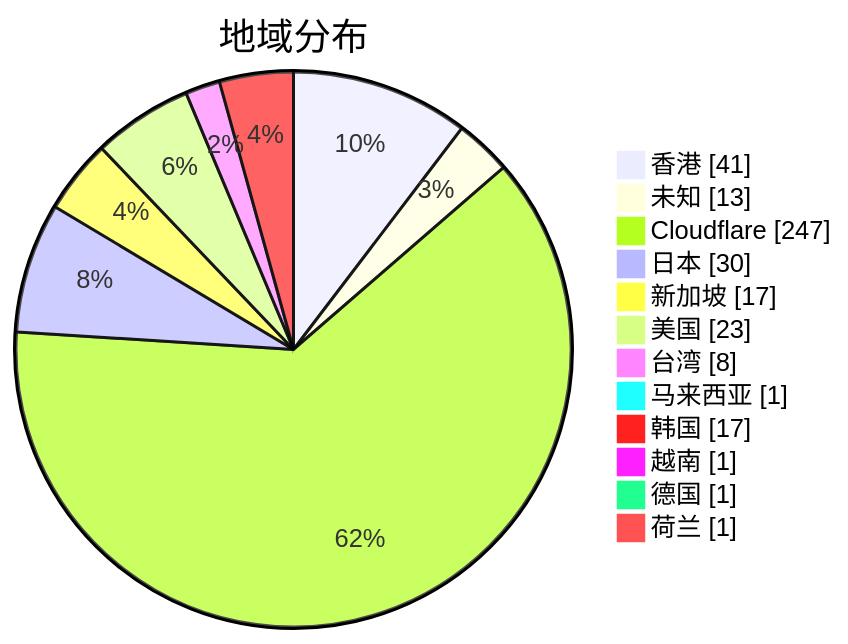
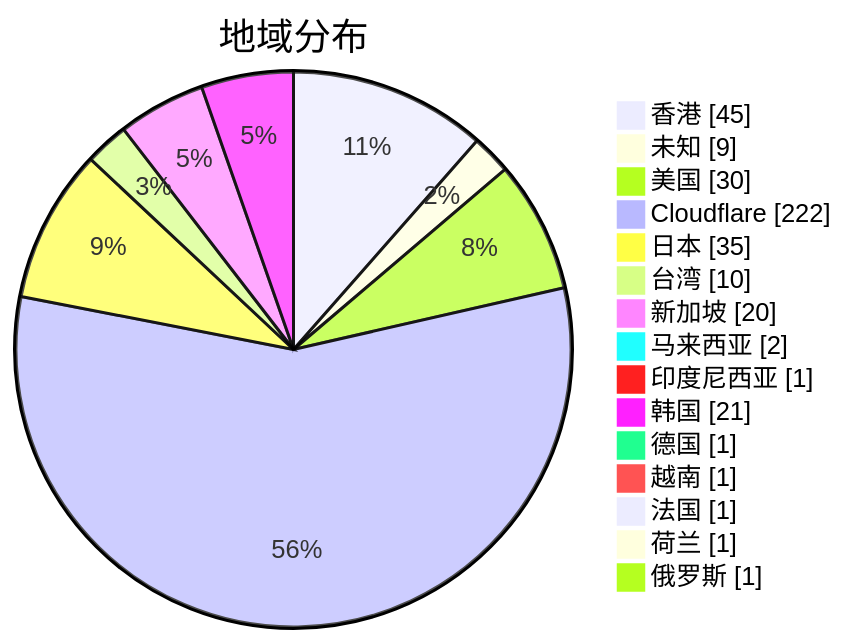
Before and after one commit to qjlxg/airport: the second of 3 diagrams in subs/statistics/tested_within.md, drawn with Mermaid. The commit also changed other lines of this file and 2 other files, not shown here.

````diff
--- a/subs/statistics/tested_within.md
+++ b/subs/statistics/tested_within.md
@@ -14,16 +12,19 @@
 ```mermaid
 pie showData
 title 地域分布
-"香港" : 41
-"未知" : 13
-"Cloudflare" : 247
-"日本" : 30
-"新加坡" : 17
-"美国" : 23
-"台湾" : 8
-"马来西亚" : 1
-"韩国" : 17
+"香港" : 45
+"未知" : 9
+"美国" : 30
+"Cloudflare" : 222
+"日本" : 35
+"台湾" : 10
+"新加坡" : 20
+"马来西亚" : 2
+"印度尼西亚" : 1
+"韩国" : 21
+"德国" : 1
 "越南" : 1
-"德国" : 1
+"法国" : 1
 "荷兰" : 1
+"俄罗斯" : 1
 ```
````
